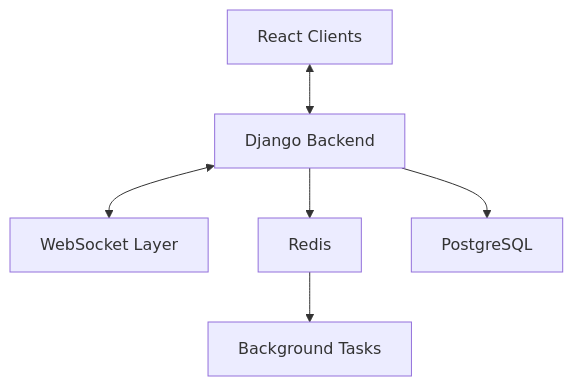
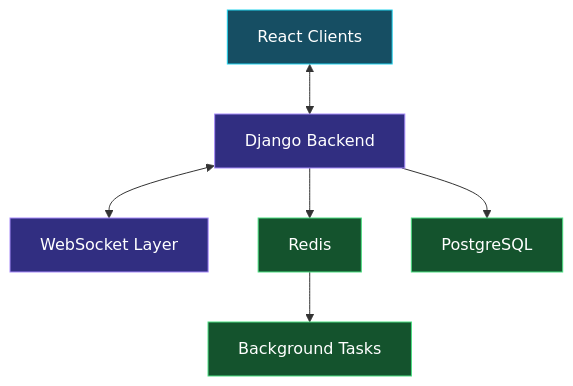
One commit to heeraOp/heeraOp changed the second of 6 diagrams in README.md. Above: the diagram before and after it, drawn with Mermaid. The commit also changed other lines of this file, not shown here.

````diff
--- a/README.md
+++ b/README.md
@@ -106,8 +122,16 @@
 ```mermaid
 flowchart TD
     A[React Clients] <--> B[Django Backend]
     B <--> C[WebSocket Layer]
     B --> D[Redis]
     B --> E[PostgreSQL]
     D --> F[Background Tasks]
+
+    classDef frontend fill:#164E63,stroke:#22D3EE,color:#fff
+    classDef backend fill:#312E81,stroke:#A78BFA,color:#fff
+    classDef data fill:#14532D,stroke:#4ADE80,color:#fff
+
+    class A frontend
+    class B,C backend
+    class D,E,F data
 ```
````
